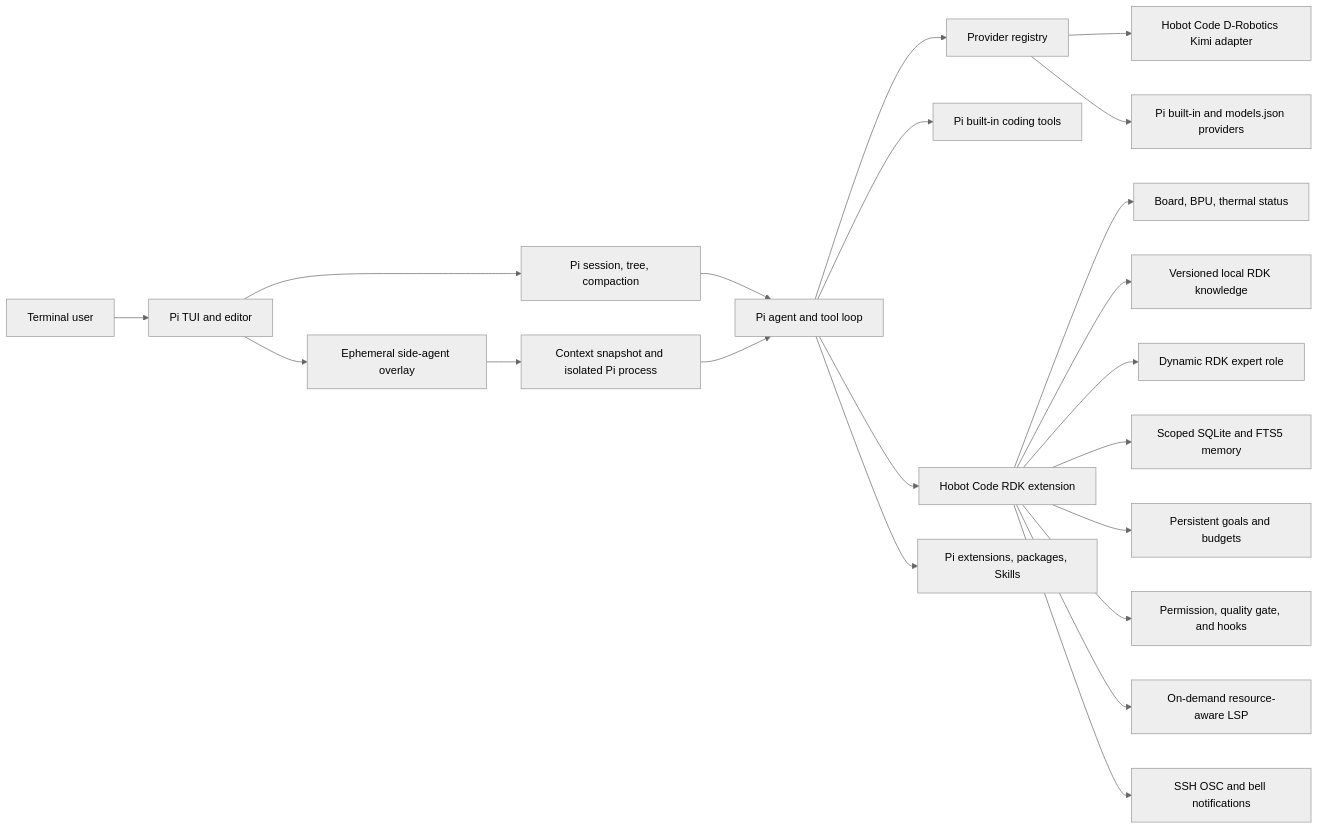
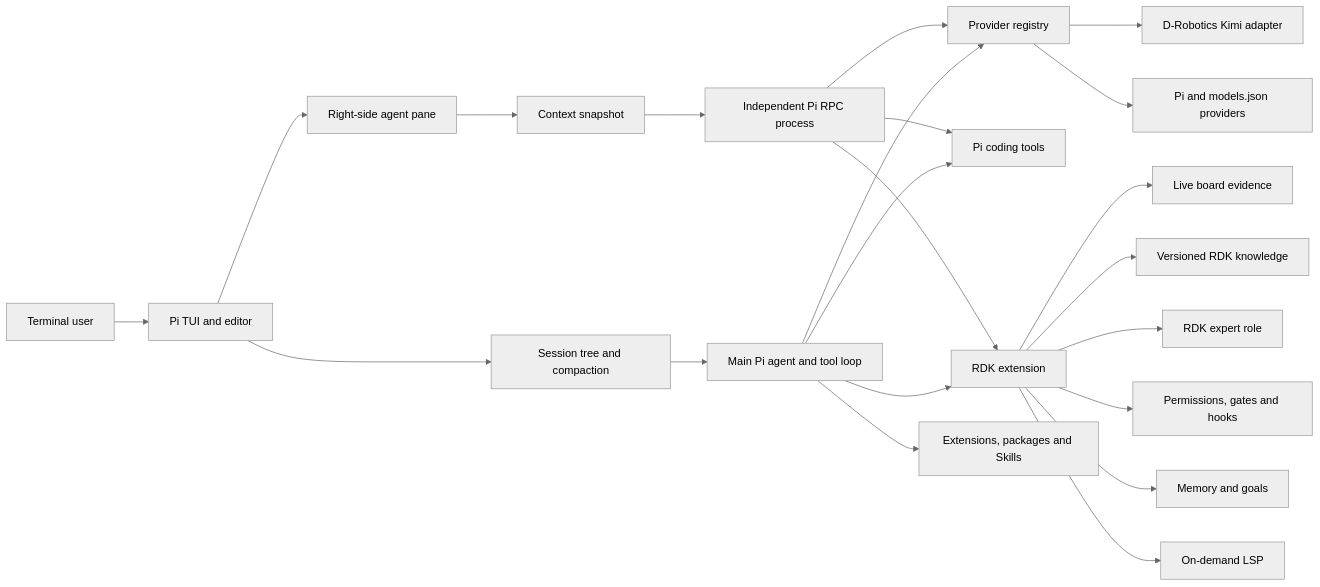
The diagram in docs/architecture.md (Kyrie-w8/hobot-code), drawn with Mermaid (neutral theme) before and after one commit. The commit also changed other lines of this file and 49 other files, not shown here.

Commit message:
feat: harden Hobot Code 0.12.2 runtime and release pipeline

````diff
--- a/docs/architecture.md
+++ b/docs/architecture.md
@@ -5,23 +7,28 @@
 ```mermaid
 flowchart LR
   U["Terminal user"] --> T["Pi TUI and editor"]
-  T --> S["Pi session, tree, compaction"]
-  S --> A["Pi agent and tool loop"]
+  T --> S["Session tree and compaction"]
+  S --> A["Main Pi agent and tool loop"]
+
   A --> P["Provider registry"]
-  P --> K["Hobot Code D-Robotics Kimi adapter"]
-  P --> V["Pi built-in and models.json providers"]
-  A --> B["Pi built-in coding tools"]
-  A --> R["Hobot Code RDK extension"]
-  R --> H["Board, BPU, thermal status"]
-  R --> D["Versioned local RDK knowledge"]
-  R --> E["Dynamic RDK expert role"]
-  R --> M["Scoped SQLite and FTS5 memory"]
-  R --> G["Persistent goals and budgets"]
-  R --> C["Permission, quality gate, and hooks"]
-  R --> L["On-demand resource-aware LSP"]
-  R --> N["SSH OSC and bell notifications"]
-  A --> X["Pi extensions, packages, Skills"]
-  T --> W["Ephemeral side-agent overlay"]
-  W --> Q["Context snapshot and isolated Pi process"]
-  Q --> A
+  P --> K["D-Robotics Kimi adapter"]
+  P --> V["Pi and models.json providers"]
+
+  A --> B["Pi coding tools"]
+  A --> R["RDK extension"]
+  A --> X["Extensions, packages and Skills"]
+
+  R --> H["Live board evidence"]
+  R --> D["Versioned RDK knowledge"]
+  R --> E["RDK expert role"]
+  R --> C["Permissions, gates and hooks"]
+  R --> M["Memory and goals"]
+  R --> L["On-demand LSP"]
+
+  T --> W["Right-side agent pane"]
+  W --> Q["Context snapshot"]
+  Q --> SA["Independent Pi RPC process"]
+  SA --> P
+  SA --> B
+  SA --> R
 ```
````
